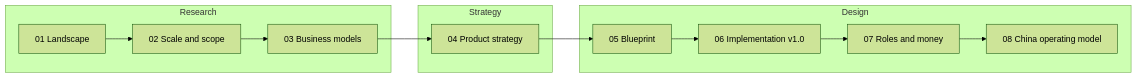
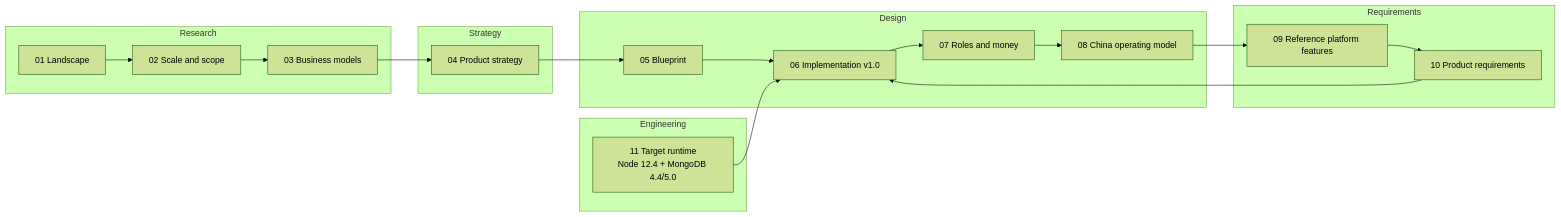
The diagram in README.md (greensoft-atom/tex-platform), drawn with Mermaid (forest theme) before and after one commit. The commit also changed other lines of this file and 25 other files, not shown here.

````diff
--- a/README.md
+++ b/README.md
@@ -18,15 +21,24 @@
 ```mermaid
 flowchart LR
     subgraph Research
         D01["01 Landscape"] --> D02["02 Scale and scope"] --> D03["03 Business models"]
     end
     subgraph Strategy
         D04["04 Product strategy"]
     end
     subgraph Design
         D05["05 Blueprint"] --> D06["06 Implementation v1.0"]
         D07["07 Roles and money"] --> D08["08 China operating model"]
     end
+    subgraph Requirements
+        D09["09 Reference platform features"] --> D10["10 Product requirements"]
+    end
+    subgraph Engineering
+        D11["11 Target runtime<br/>Node 12.4 + MongoDB 4.4/5.0"]
+    end
     D03 --> D04 --> D05
     D06 --> D07
+    D08 --> D09
+    D10 --> D06
+    D11 --> D06
 ```
````
